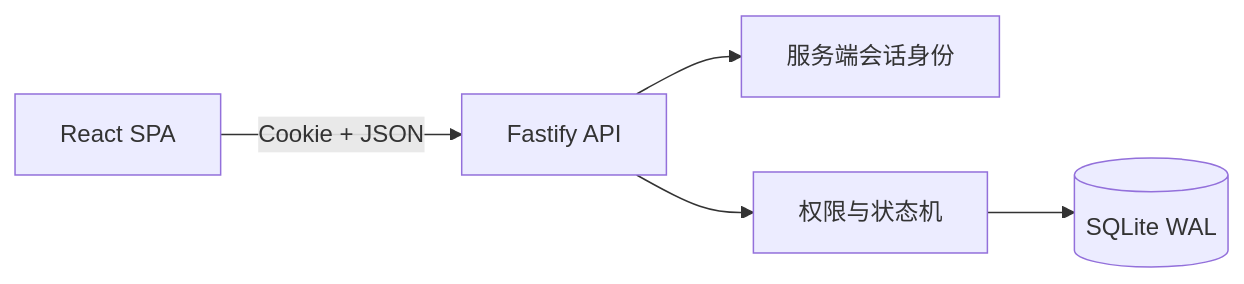
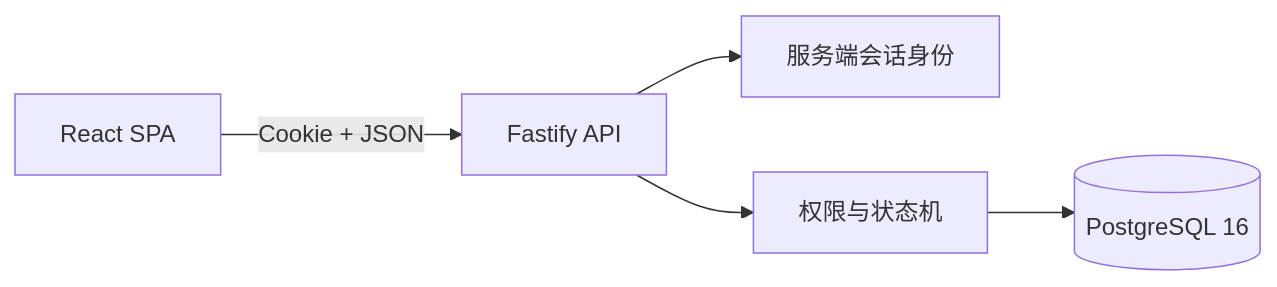
Before and after one commit to jaxblack/reviewflow: the second of 2 diagrams in README.md, drawn with Mermaid. The commit also changed other lines of this file and 50 other files, not shown here.

Commit message:
feat: migrate runtime to PostgreSQL

````diff
--- a/README.md
+++ b/README.md
@@ -107,7 +107,7 @@
 ```mermaid
 flowchart LR
 Browser[React SPA] -->|Cookie + JSON| API[Fastify API]
 API --> Auth[服务端会话身份]
 API --> Policy[权限与状态机]
-Policy --> DB[(SQLite WAL)]
+Policy --> DB[(PostgreSQL 16)]
 ```
````
